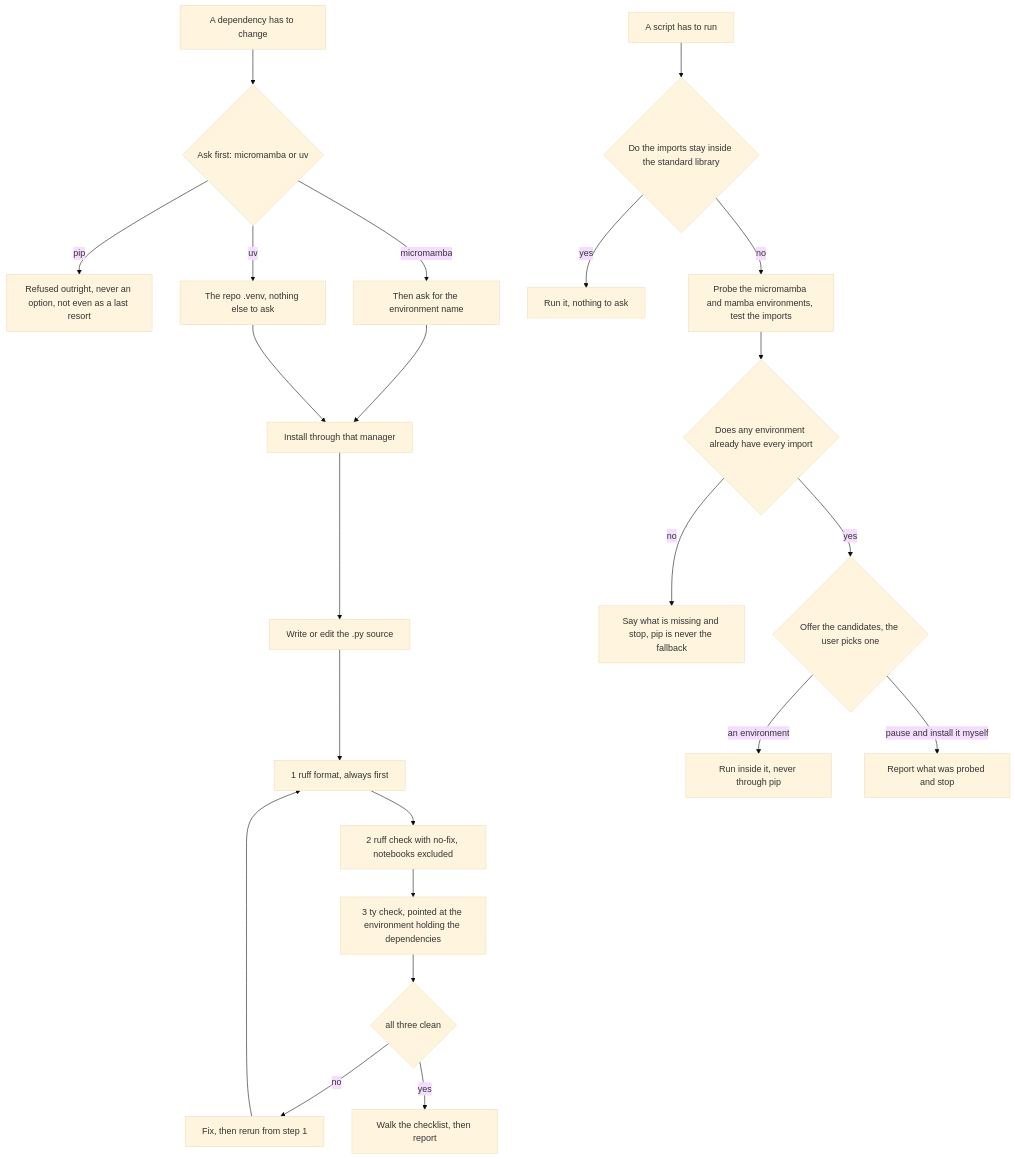
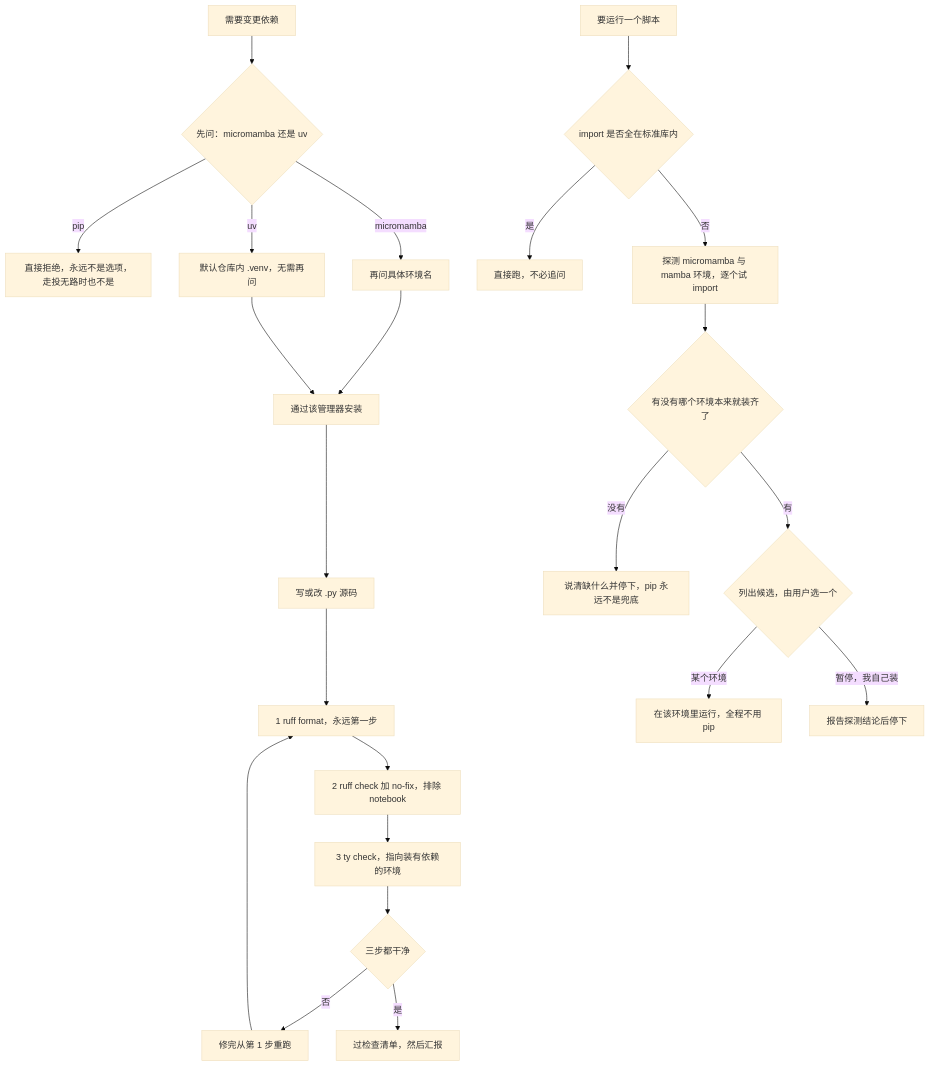
Before and after one commit to HHSTU-IST/skills: the second of 10 diagrams in README.md, drawn with Mermaid (base theme). The commit also changed other lines of this file and 2 other files, not shown here.

````diff
--- a/README.md
+++ b/README.md
@@ -302,26 +302,26 @@
 ```mermaid
 flowchart TD
-    A["A dependency has to change"] --> B{"Ask first: micromamba or uv"}
-    B -->|pip| X["Refused outright, never an option, not even as a last resort"]
-    B -->|micromamba| C["Then ask for the environment name"]
-    B -->|uv| D["The repo .venv, nothing else to ask"]
-    C --> E["Install through that manager"]
+    A["需要变更依赖"] --> B{"先问：micromamba 还是 uv"}
+    B -->|pip| X["直接拒绝，永远不是选项，走投无路时也不是"]
+    B -->|micromamba| C["再问具体环境名"]
+    B -->|uv| D["默认仓库内 .venv，无需再问"]
+    C --> E["通过该管理器安装"]
     D --> E
-    E --> W["Write or edit the .py source"]
-    W --> G["1 ruff format, always first"]
-    G --> H["2 ruff check with no-fix, notebooks excluded"]
-    H --> I["3 ty check, pointed at the environment holding the dependencies"]
-    I --> J{"all three clean"}
-    J -->|no| K["Fix, then rerun from step 1"]
+    E --> W["写或改 .py 源码"]
+    W --> G["1 ruff format，永远第一步"]
+    G --> H["2 ruff check 加 no-fix，排除 notebook"]
+    H --> I["3 ty check，指向装有依赖的环境"]
+    I --> J{"三步都干净"}
+    J -->|否| K["修完从第 1 步重跑"]
     K --> G
-    J -->|yes| L["Walk the checklist, then report"]
+    J -->|是| L["过检查清单，然后汇报"]
 
-    R["A script has to run"] --> S{"Do the imports stay inside the standard library"}
-    S -->|yes| T["Run it, nothing to ask"]
-    S -->|no| U["Probe the micromamba and mamba environments, test the imports"]
-    U --> M{"Does any environment already have every import"}
-    M -->|no| N["Say what is missing and stop, pip is never the fallback"]
-    M -->|yes| V{"Offer the candidates, the user picks one"}
-    V -->|an environment| Y["Run inside it, never through pip"]
-    V -->|pause and install it myself| Z["Report what was probed and stop"]
+    R["要运行一个脚本"] --> S{"import 是否全在标准库内"}
+    S -->|是| T["直接跑，不必追问"]
+    S -->|否| U["探测 micromamba 与 mamba 环境，逐个试 import"]
+    U --> M{"有没有哪个环境本来就装齐了"}
+    M -->|没有| N["说清缺什么并停下，pip 永远不是兜底"]
+    M -->|有| V{"列出候选，由用户选一个"}
+    V -->|某个环境| Y["在该环境里运行，全程不用 pip"]
+    V -->|暂停，我自己装| Z["报告探测结论后停下"]
 ```
````
